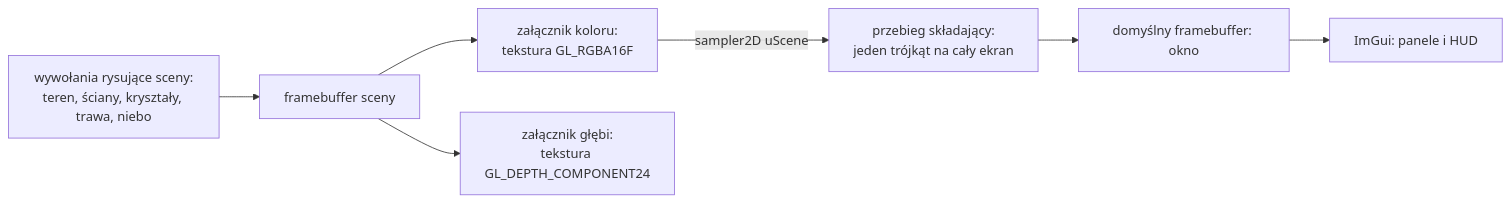
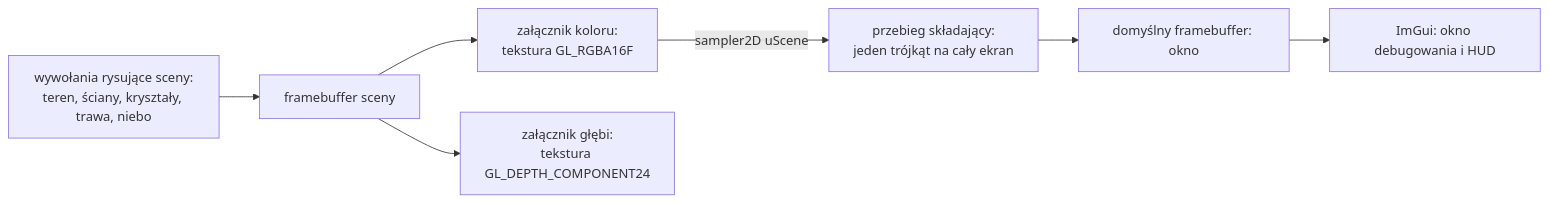
The first of 4 diagrams in docs/modules/renderer/post-process.md (Shironex/night-maze), drawn with Mermaid before and after one commit. The commit also changed other lines of this file and 91 other files, not shown here.

````diff
--- a/docs/modules/renderer/post-process.md
+++ b/docs/modules/renderer/post-process.md
@@ -52,9 +52,9 @@
 ```mermaid
 flowchart LR
     S["wywołania rysujące sceny:<br/>teren, ściany, kryształy, trawa, niebo"] --> F["framebuffer sceny"]
     F --> C["załącznik koloru:<br/>tekstura GL_RGBA16F"]
     F --> D["załącznik głębi:<br/>tekstura GL_DEPTH_COMPONENT24"]
     C -->|"sampler2D uScene"| K["przebieg składający:<br/>jeden trójkąt na cały ekran"]
     K --> W["domyślny framebuffer: okno"]
-    W --> I["ImGui: panele i HUD"]
+    W --> I["ImGui: okno debugowania i HUD"]
 ```
````
